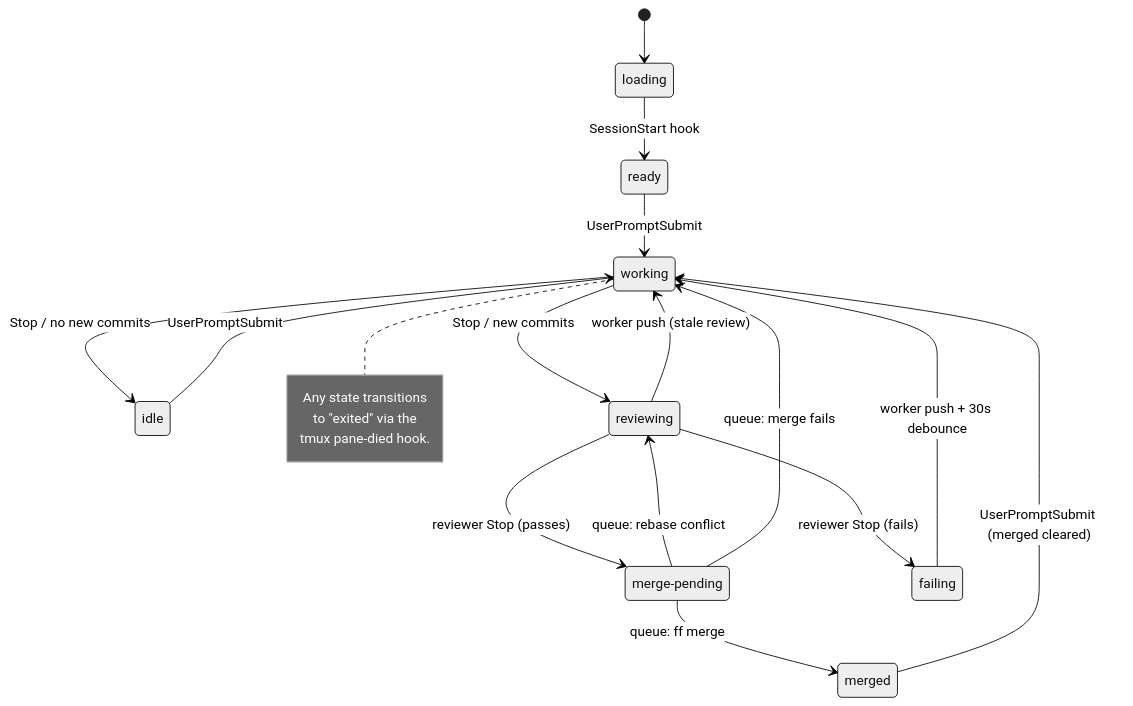
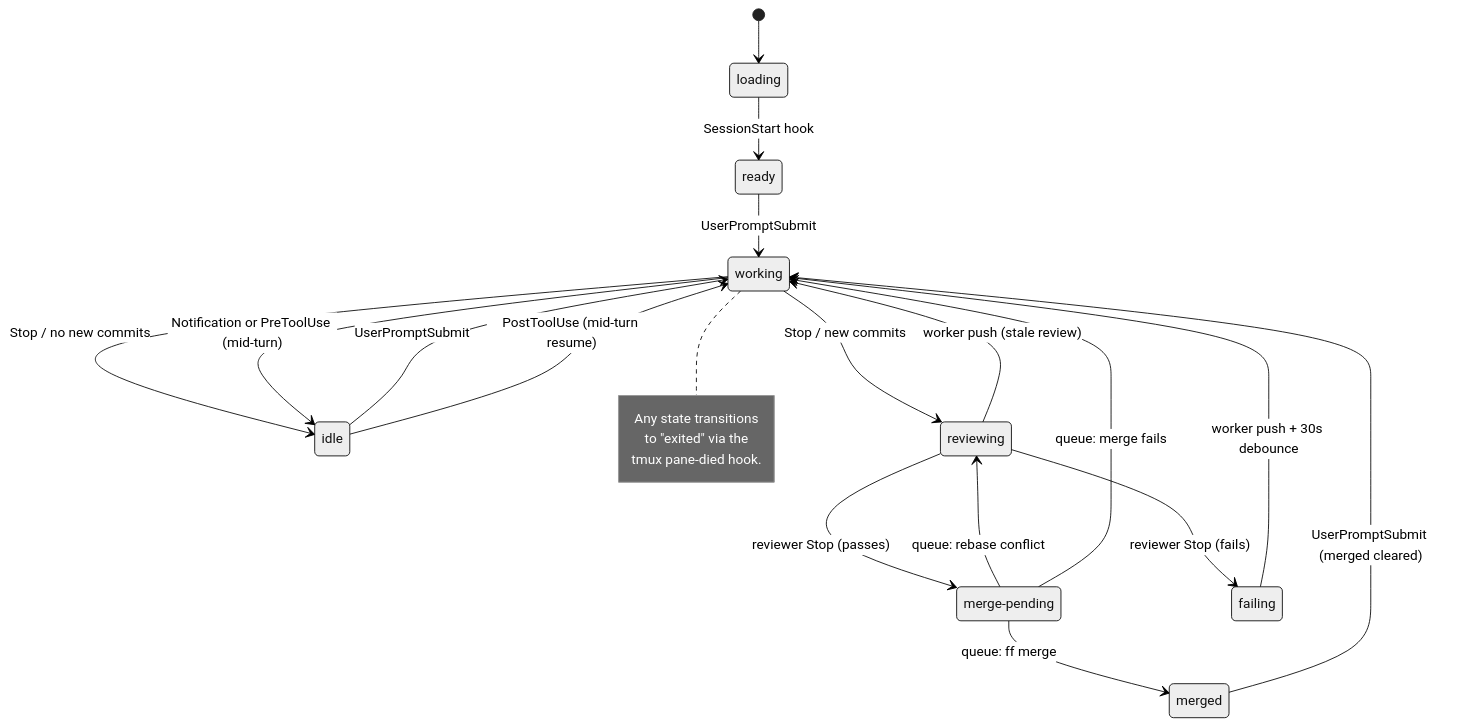
One commit to keychanger/garden changed the first of 4 diagrams in src/dashboard/STATUS.md. Above: the diagram before and after it, drawn with Mermaid (neutral theme). The commit also changed other lines of this file and 2 other files, not shown here.

First line of the commit message:
feat: detect mid-turn idle via Notification and PreToolUse/PostToolUse hooks

````diff
--- a/src/dashboard/STATUS.md
+++ b/src/dashboard/STATUS.md
@@ -53,31 +55,33 @@
 ```mermaid
 stateDiagram-v2
     [*] --> loading
     loading --> ready : SessionStart hook
     ready --> working : UserPromptSubmit
 
     working --> idle : Stop / no new commits
+    working --> idle : Notification or PreToolUse (mid-turn)
     working --> reviewing : Stop / new commits
 
     idle --> working : UserPromptSubmit
+    idle --> working : PostToolUse (mid-turn resume)
 
     reviewing --> merge_pending : reviewer Stop (passes)
     reviewing --> failing : reviewer Stop (fails)
     reviewing --> working : worker push (stale review)
 
     merge_pending --> merged : queue: ff merge
     merge_pending --> reviewing : queue: rebase conflict
     merge_pending --> working : queue: merge fails
 
     merged --> working : UserPromptSubmit (merged cleared)
 
     failing --> working : worker push + 30s debounce
 
     state "merge-pending" as merge_pending
 
     note right of working
         Any state transitions
         to "exited" via the
         tmux pane-died hook.
     end note
 ```
````
